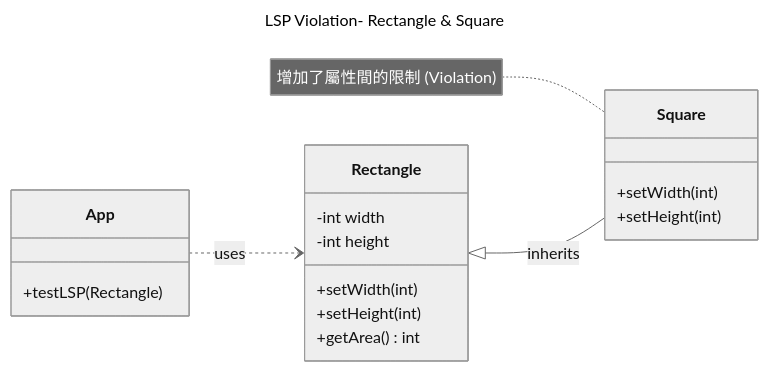
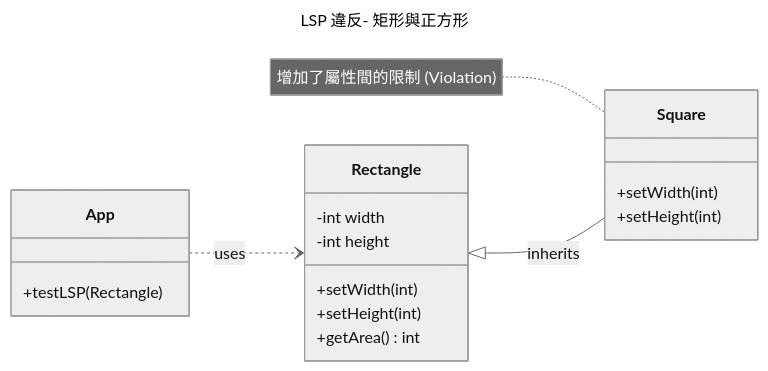
The fifth of 17 diagrams in Part3_Principle/ch08_oo.md (nlhsueh/teach_sw_fw), drawn with Mermaid (neutral theme) before and after one commit. The commit also changed other lines of this file and 1 other file, not shown here.

Commit message:
style: translate diagram titles and notes to Chinese in ch07 and ch08

````diff
--- a/Part3_Principle/ch08_oo.md
+++ b/Part3_Principle/ch08_oo.md
@@ -363,26 +363,26 @@
 ```mermaid
 ---
-title: LSP Violation- Rectangle & Square
+title: LSP 違反- 矩形與正方形
 ---
 classDiagram
     direction LR
     class Rectangle {
         -int width
         -int height
         +setWidth(int)
         +setHeight(int)
         +getArea() int
     }
     class Square {
         +setWidth(int)
         +setHeight(int)
     }
     class App {
         +testLSP(Rectangle)
     }
 
     Rectangle <|-- Square : inherits
     App ..> Rectangle : uses
 
     note for Square "增加了屬性間的限制 (Violation)"
 ```
````
